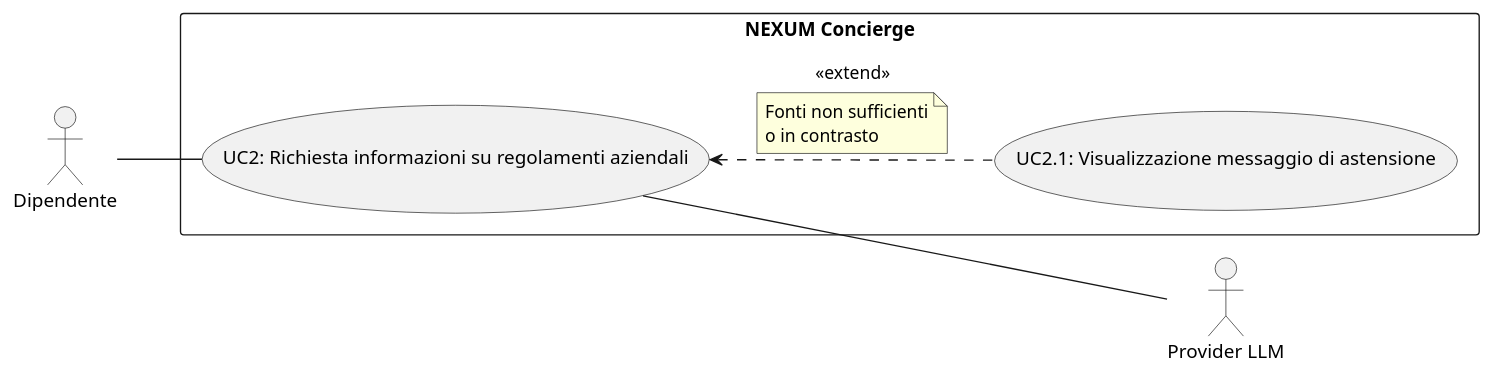
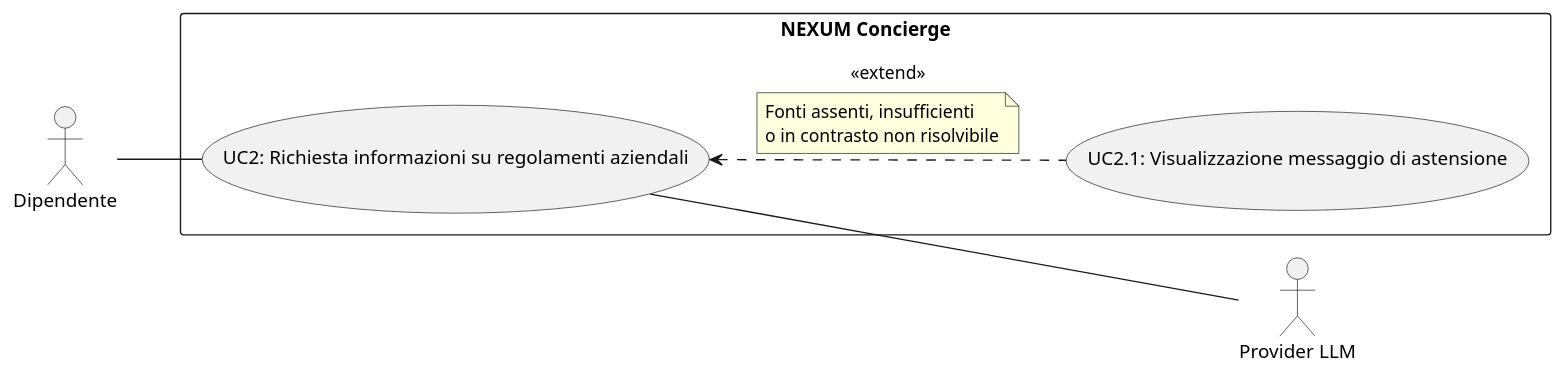
One commit to RickandCommit/Documentazione changed the diagram in RTB/Analisi_dei_Requisiti/Casi_Uso/UC2_1.puml. Above: the diagram before and after it, drawn with PlantUML. The commit also changed 7 other files, not shown here.

```diff
--- a/RTB/Analisi_dei_Requisiti/Casi_Uso/UC2_1.puml
+++ b/RTB/Analisi_dei_Requisiti/Casi_Uso/UC2_1.puml
@@ -1,21 +1,21 @@
 @startuml UC2_1
 left to right direction
 
 actor "Dipendente" as dp
 actor "Provider LLM" as llm
 
 rectangle "NEXUM Concierge" {
     usecase "UC2: Richiesta informazioni su regolamenti aziendali" as UC2
     usecase "UC2.1: Visualizzazione messaggio di astensione" as UC2_1
 }
 
 dp -- UC2
 UC2 -- llm
 
 UC2 <.. UC2_1 : <<extend>>
 note on link
-Fonti non sufficienti
-o in contrasto
+Fonti assenti, insufficienti
+o in contrasto non risolvibile
 end note
 
 @enduml
```
